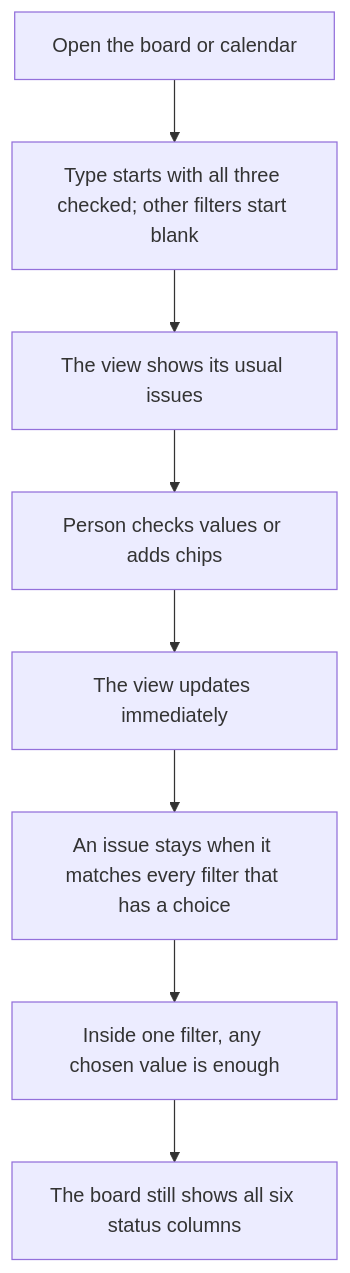
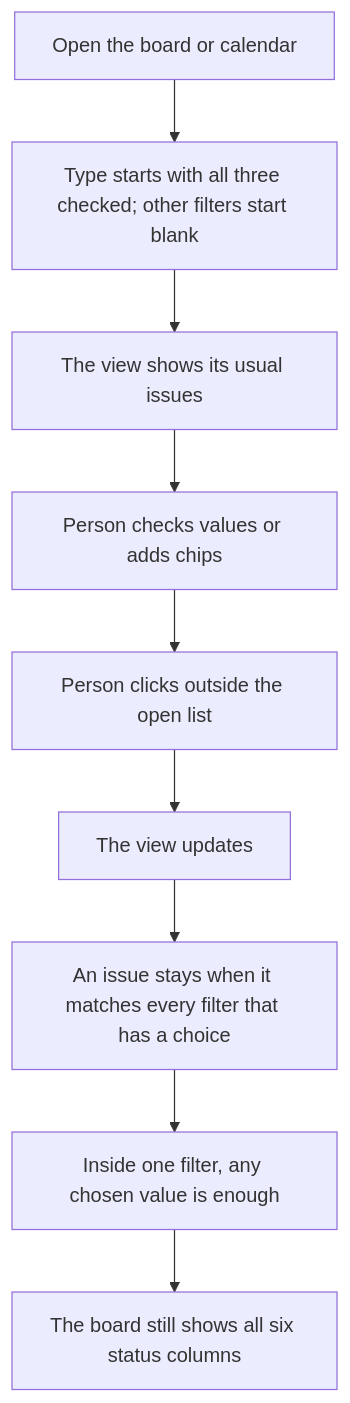
Before and after one commit to Mathotics/Keel: the diagram in docs/adr/common-filtering.md, drawn with Mermaid. The commit also changed other lines of this file and 12 other files, not shown here.

````diff
--- a/docs/adr/common-filtering.md
+++ b/docs/adr/common-filtering.md
@@ -75,12 +77,13 @@
 ```mermaid
 flowchart TD
   openView[Open the board or calendar]
   blank[Type starts with all three checked; other filters start blank]
   usual[The view shows its usual issues]
   choose[Person checks values or adds chips]
-  update[The view updates immediately]
+  leave[Person clicks outside the open list]
+  update[The view updates]
   keep[An issue stays when it matches every filter that has a choice]
   anyValue[Inside one filter, any chosen value is enough]
   columns[The board still shows all six status columns]
-  openView --> blank --> usual --> choose --> update --> keep --> anyValue --> columns
+  openView --> blank --> usual --> choose --> leave --> update --> keep --> anyValue --> columns
 ```
````
